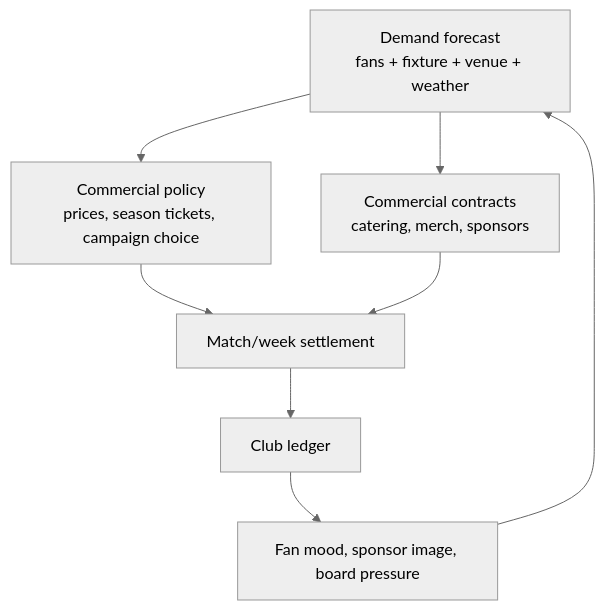
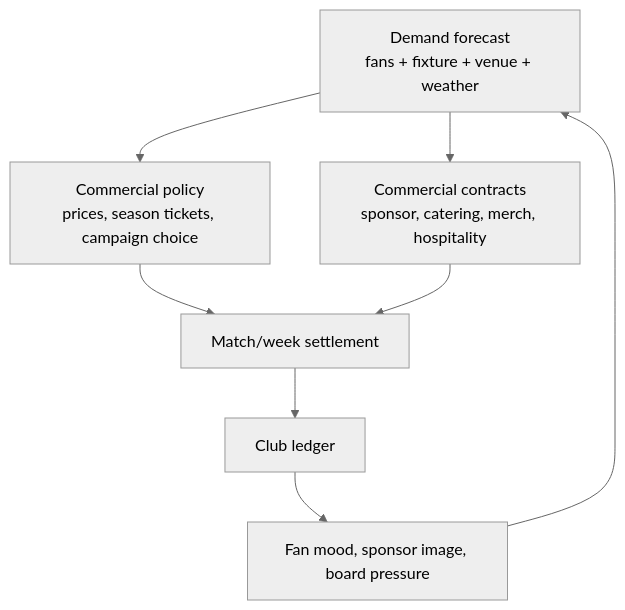
Before and after one commit to EtroxTaran/klubhaus-elf: the diagram in docs/50-Game-Design/GD-0022-economy-commercial-impact-and-contracts.md, drawn with Mermaid (neutral theme). The commit also changed other lines of this file and 17 other files, not shown here.

Commit message:
docs: anchor commercial contract lifecycle (#102)

````diff
--- a/docs/50-Game-Design/GD-0022-economy-commercial-impact-and-contracts.md
+++ b/docs/50-Game-Design/GD-0022-economy-commercial-impact-and-contracts.md
@@ -93,17 +99,17 @@
 ```mermaid
 flowchart TB
     Forecast["Demand forecast<br/>fans + fixture + venue + weather"]
     Policy["Commercial policy<br/>prices, season tickets, campaign choice"]
-    Contract["Commercial contracts<br/>catering, merch, sponsors"]
+    Contract["Commercial contracts<br/>sponsor, catering, merch, hospitality"]
     Settlement["Match/week settlement"]
     Ledger["Club ledger"]
     Feedback["Fan mood, sponsor image, board pressure"]
 
     Forecast --> Policy
     Forecast --> Contract
     Policy --> Settlement
     Contract --> Settlement
     Settlement --> Ledger
     Ledger --> Feedback
     Feedback --> Forecast
 ```
````
